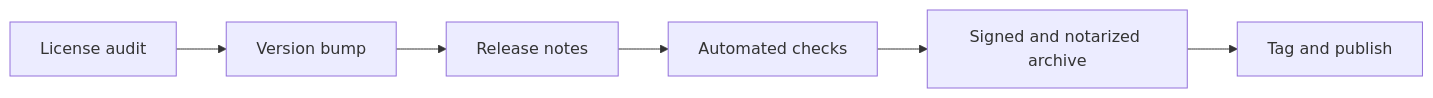
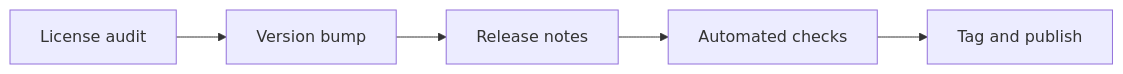
Before and after one commit to choscor/choscorui: the diagram in docs/releasing.md, drawn with Mermaid. The commit also changed other lines of this file and 34 other files, not shown here.

First line of the commit message:
build: publish crates to crates.io instead of a notarized archive

````diff
--- a/docs/releasing.md
+++ b/docs/releasing.md
@@ -5,8 +5,7 @@
 ```mermaid
 flowchart LR
     A["License audit"] --> B["Version bump"]
     B --> C["Release notes"]
     C --> D["Automated checks"]
-    D --> E["Signed and notarized archive"]
-    E --> F["Tag and publish"]
+    D --> E["Tag and publish"]
 ```
````
